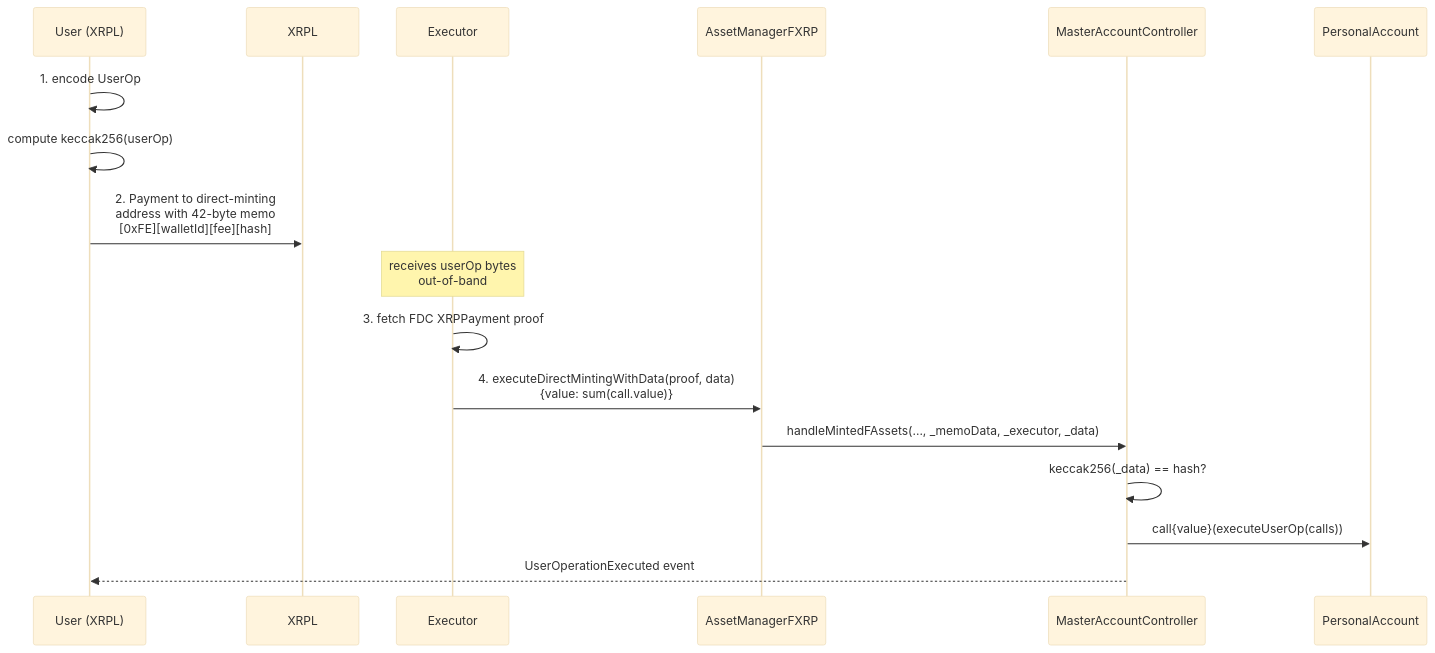
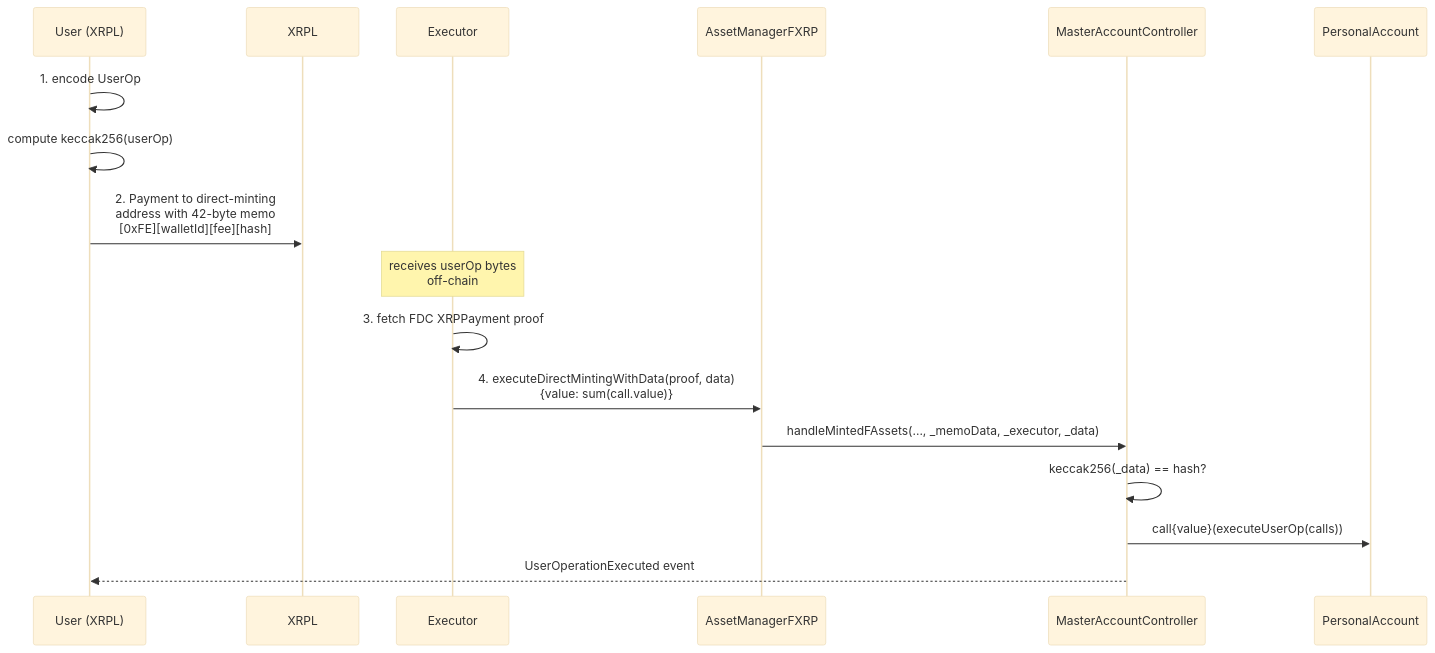
Before and after one commit to flare-foundation/developer-hub: the diagram in docs/smart-accounts/3-custom-instruction.mdx, drawn with Mermaid (base theme). The commit also changed other lines of this file and 5 other files, not shown here.

````diff
--- a/docs/smart-accounts/3-custom-instruction.mdx
+++ b/docs/smart-accounts/3-custom-instruction.mdx
@@ -124,21 +124,21 @@
 ```mermaid
 sequenceDiagram
     participant User as User (XRPL)
     participant XRPL
     participant Executor
     participant AM as AssetManagerFXRP
     participant MasterAccountController
     participant PersonalAccount
 
     User->>User: 1. encode UserOp
     User->>User: compute keccak256(userOp)
     User->>XRPL: 2. Payment to direct-minting<br/>address with 42-byte memo<br/>[0xFE][walletId][fee][hash]
-    Note over Executor: receives userOp bytes<br/>out-of-band
+    Note over Executor: receives userOp bytes<br/>off-chain
 
     Executor->>Executor: 3. fetch FDC XRPPayment proof
     Executor->>AM: 4. executeDirectMintingWithData(proof, data)<br/>{value: sum(call.value)}
     AM->>MasterAccountController: handleMintedFAssets(..., _memoData, _executor, _data)
     MasterAccountController->>MasterAccountController: keccak256(_data) == hash?
     MasterAccountController->>PersonalAccount: call{value}(executeUserOp(calls))
     MasterAccountController-->>User: UserOperationExecuted event
 ```
````
